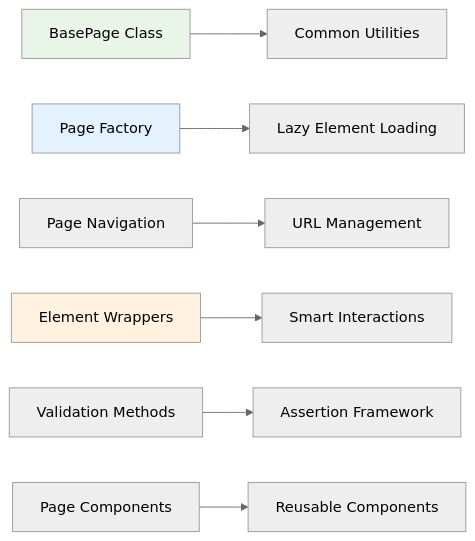
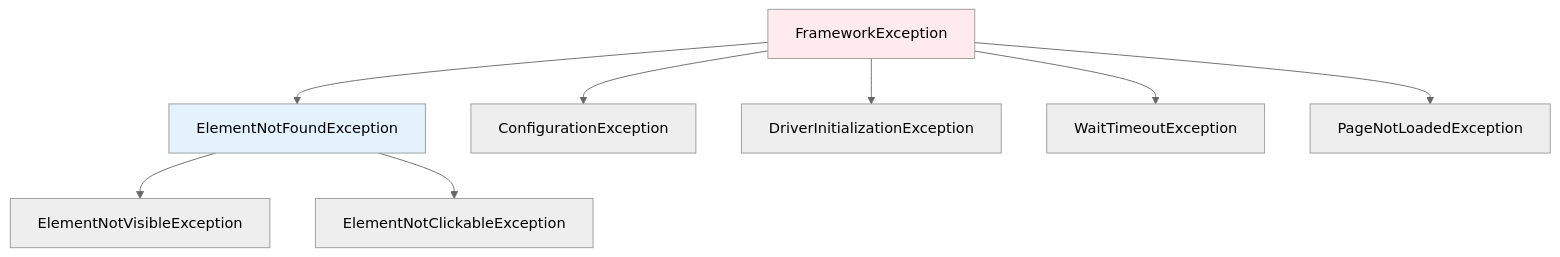
Before and after one commit to Anuj-Patiyal/hybrid-framework: the fourth of 5 diagrams in README.md, drawn with Mermaid (neutral theme). The commit also changed other lines of this file and 10 other files, not shown here.

First line of the commit message:
🎯 [RELEASE] v0.7.0 - Smart Wait Utilities Release (#38)

````diff
--- a/README.md
+++ b/README.md
@@ -160,13 +623,14 @@
 ```mermaid
-graph LR
-    A[BasePage Class] --> B[Common Utilities]
-    C[Page Factory] --> D[Lazy Element Loading]
-    E[Page Navigation] --> F[URL Management]
-    G[Element Wrappers] --> H[Smart Interactions]
-    I[Validation Methods] --> J[Assertion Framework]
-    K[Page Components] --> L[Reusable Components]
+graph TB
+    A[FrameworkException] --> B[ElementNotFoundException]
+    A --> C[ConfigurationException]
+    A --> D[DriverInitializationException]
+    A --> E[WaitTimeoutException]
+    A --> F[PageNotLoadedException]
     
-    style A fill:#e8f5e8
-    style C fill:#e3f2fd
-    style G fill:#fff3e0
+    B --> G[ElementNotVisibleException]
+    B --> H[ElementNotClickableException]
+    
+    style A fill:#ffebee
+    style B fill:#e3f2fd
 ```
````
